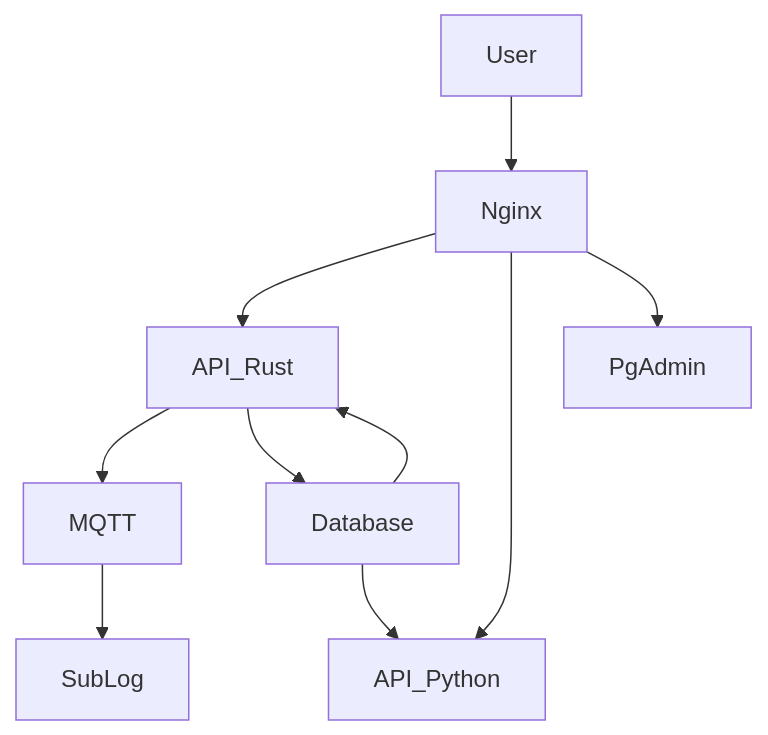
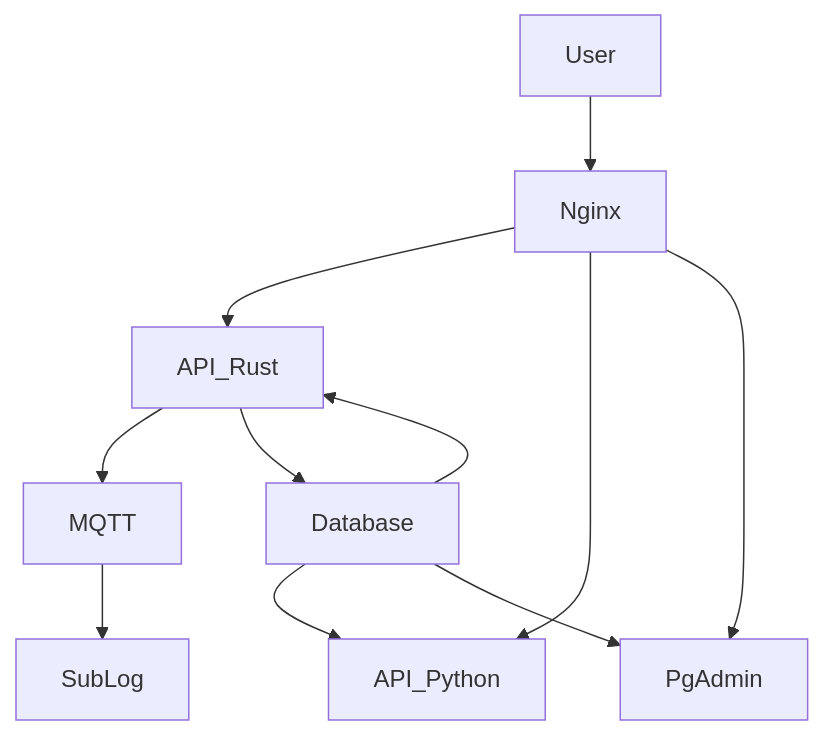
One commit to FloRide1/dead_poet_society changed the diagram in README.md. Above: the diagram before and after it, drawn with Mermaid. The commit also changed other lines of this file, not shown here.

````diff
--- a/README.md
+++ b/README.md
@@ -26,14 +41,15 @@
 ```mermaid
 graph TB;
     Nginx --> API_Rust
     Nginx --> API_Python
     Nginx --> PgAdmin
 
     API_Rust --> MQTT
     MQTT --> SubLog
 
     User --> Nginx
     Database --> API_Python
     Database --> API_Rust
+    Database --> PgAdmin
     API_Rust --> Database
 ```
````
